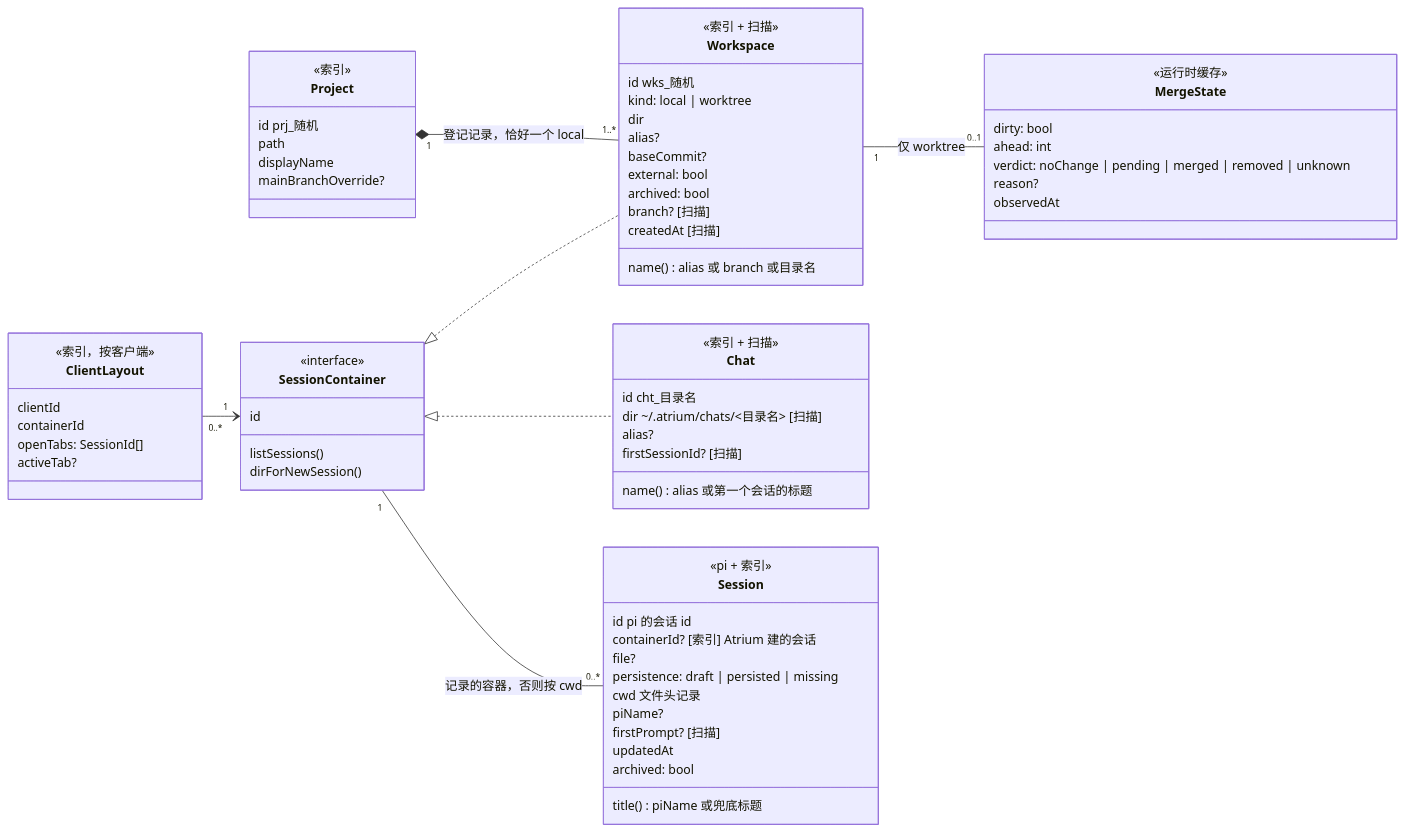
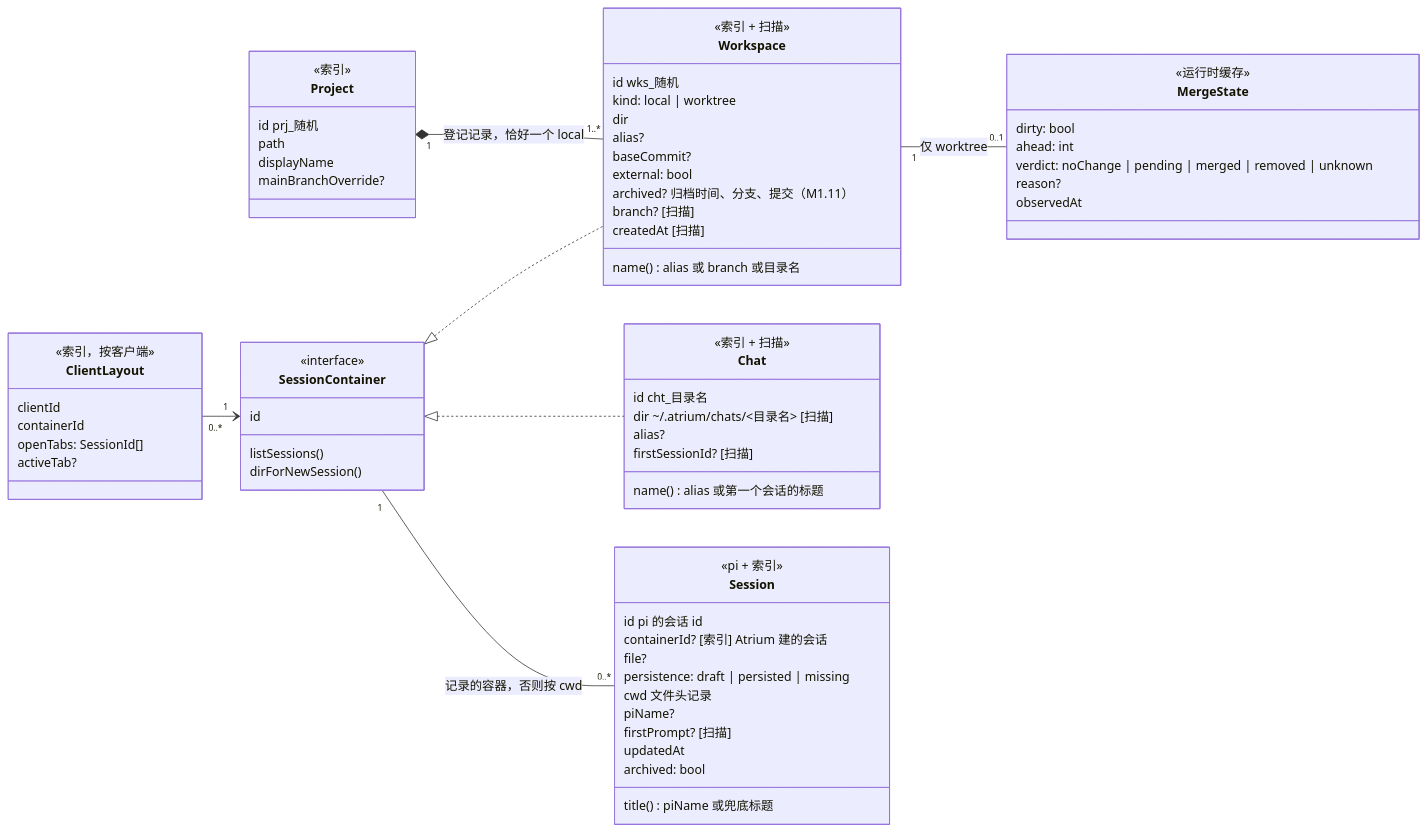
One commit to Wan-Kai/atrium changed the first of 7 diagrams in docs/architecture/domain-model.md. Above: the diagram before and after it, drawn with Mermaid. The commit also changed other lines of this file and 35 other files, not shown here.

````diff
--- a/docs/architecture/domain-model.md
+++ b/docs/architecture/domain-model.md
@@ -25,73 +25,73 @@
 ```mermaid
 classDiagram
     direction LR
     class Project {
       <<索引>>
       id  prj_随机
       path
       displayName
       mainBranchOverride?
     }
     class Workspace {
       <<索引 + 扫描>>
       id  wks_随机
       kind: local | worktree
       dir
       alias?
       baseCommit?
       external: bool
-      archived: bool
+      archived?  归档时间、分支、提交（M1.11）
       branch?  [扫描]
       createdAt  [扫描]
       name()  alias 或 branch 或目录名
     }
     class Chat {
       <<索引 + 扫描>>
       id  cht_目录名
       dir  ~/.atrium/chats/<目录名>  [扫描]
       alias?
       firstSessionId?  [扫描]
       name()  alias 或第一个会话的标题
     }
     class SessionContainer {
       <<interface>>
       id
       listSessions()
       dirForNewSession()
     }
     class Session {
       <<pi + 索引>>
       id  pi 的会话 id
       containerId?  [索引] Atrium 建的会话
       file?
       persistence: draft | persisted | missing
       cwd  文件头记录
       piName?
       firstPrompt?  [扫描]
       updatedAt
       archived: bool
       title()  piName 或兜底标题
     }
     class MergeState {
       <<运行时缓存>>
       dirty: bool
       ahead: int
       verdict: noChange | pending | merged | removed | unknown
       reason?
       observedAt
     }
     class ClientLayout {
       <<索引，按客户端>>
       clientId
       containerId
       openTabs: SessionId[]
       activeTab?
     }
 
     Project "1" *-- "1..*" Workspace : 登记记录，恰好一个 local
     SessionContainer <|.. Workspace
     SessionContainer <|.. Chat
     SessionContainer "1" -- "0..*" Session : 记录的容器，否则按 cwd
     Workspace "1" -- "0..1" MergeState : 仅 worktree
     ClientLayout "0..*" --> "1" SessionContainer
 ```
````
